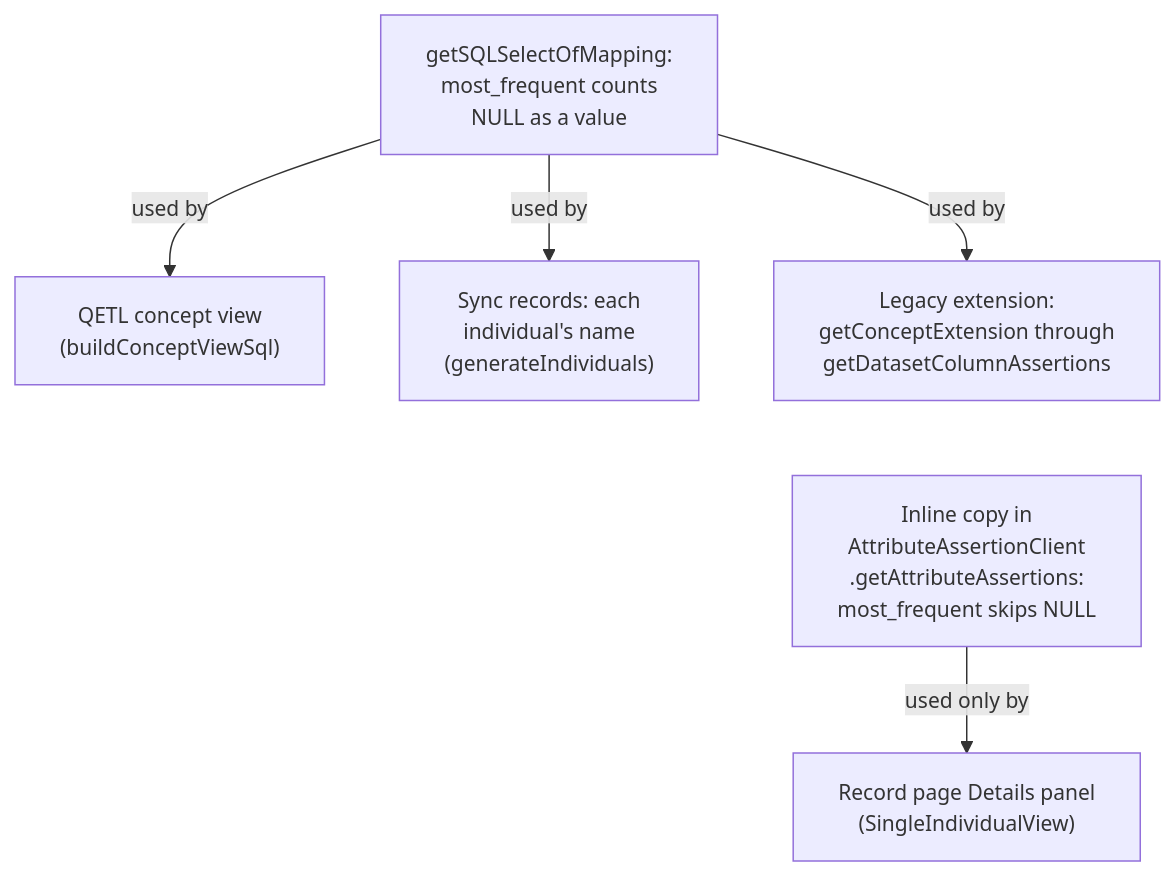
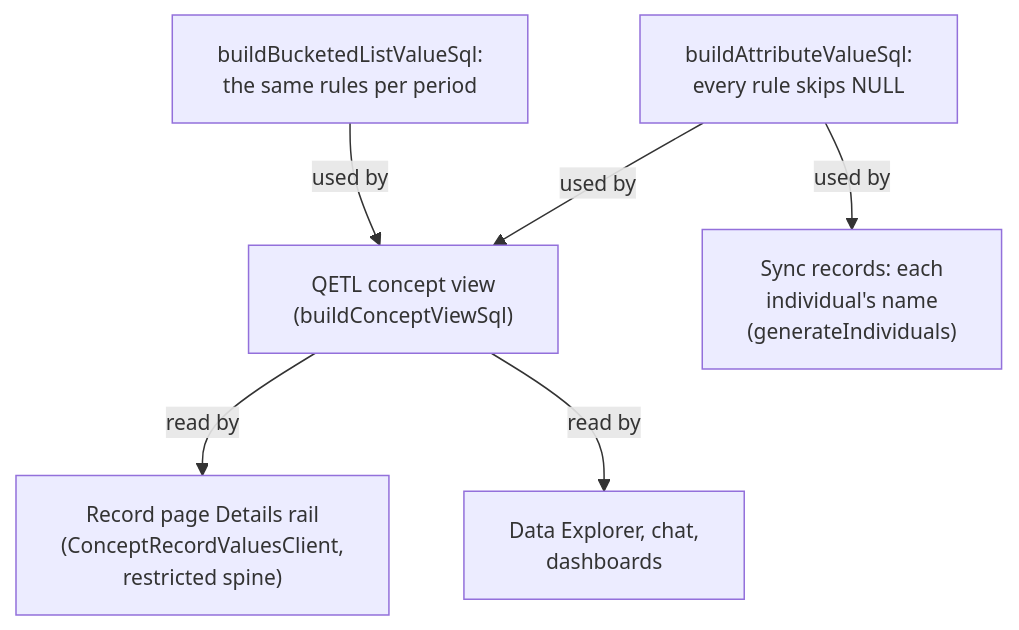
One commit to AvandarLabs/avandar changed the sixth of 10 diagrams in docs/ontology-architecture.md. Above: the diagram before and after it, drawn with Mermaid. The commit also changed other lines of this file and 5031 other files, not shown here.

````diff
--- a/docs/ontology-architecture.md
+++ b/docs/ontology-architecture.md
@@ -396,15 +575,15 @@
 ```mermaid
 %%{init: {'themeVariables': {'fontSize': '14px'}}}%%
 flowchart TD
-  S["getSQLSelectOfMapping:<br/>most_frequent counts<br/>NULL as a value"]
+  B["buildAttributeValueSql:<br/>every rule skips NULL"]
+  BP["buildBucketedListValueSql:<br/>the same rules per period"]
   V["QETL concept view<br/>(buildConceptViewSql)"]
   N["Sync records: each<br/>individual's name<br/>(generateIndividuals)"]
-  X["Legacy extension:<br/>getConceptExtension through<br/>getDatasetColumnAssertions"]
-  I["Inline copy in<br/>AttributeAssertionClient<br/>.getAttributeAssertions:<br/>most_frequent skips NULL"]
-  R["Record page Details panel<br/>(SingleIndividualView)"]
-  S -- "used by" --> V
-  S -- "used by" --> N
-  S -- "used by" --> X
-  X ~~~ I
-  I -- "used only by" --> R
+  R["Record page Details rail<br/>(ConceptRecordValuesClient,<br/>restricted spine)"]
+  Q["Data Explorer, chat,<br/>dashboards"]
+  B -- "used by" --> V
+  BP -- "used by" --> V
+  B -- "used by" --> N
+  V -- "read by" --> R
+  V -- "read by" --> Q
 ```
````
